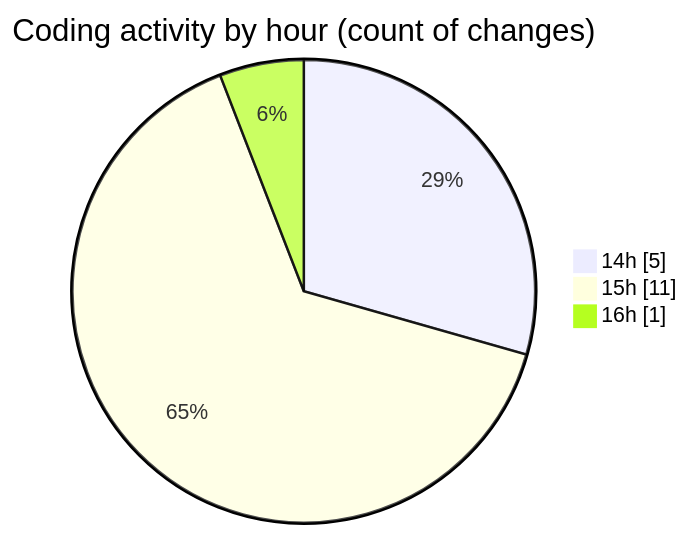
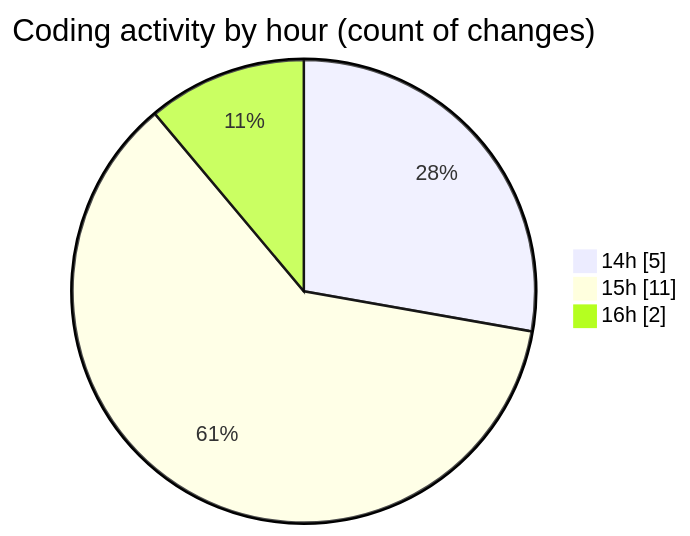
Before and after one commit to idhammustaqopulfikri/code-tracking: the second of 2 diagrams in 2025-10-13/mencoba/README.md, drawn with Mermaid. The commit also changed other lines of this file and 1 other file, not shown here.

````diff
--- a/2025-10-13/mencoba/README.md
+++ b/2025-10-13/mencoba/README.md
@@ -33,7 +33,7 @@
 ```mermaid
 pie showData
 title Coding activity by hour (count of changes)
 "14h" : 5
 "15h" : 11
-"16h" : 1
+"16h" : 2
 ```
````
